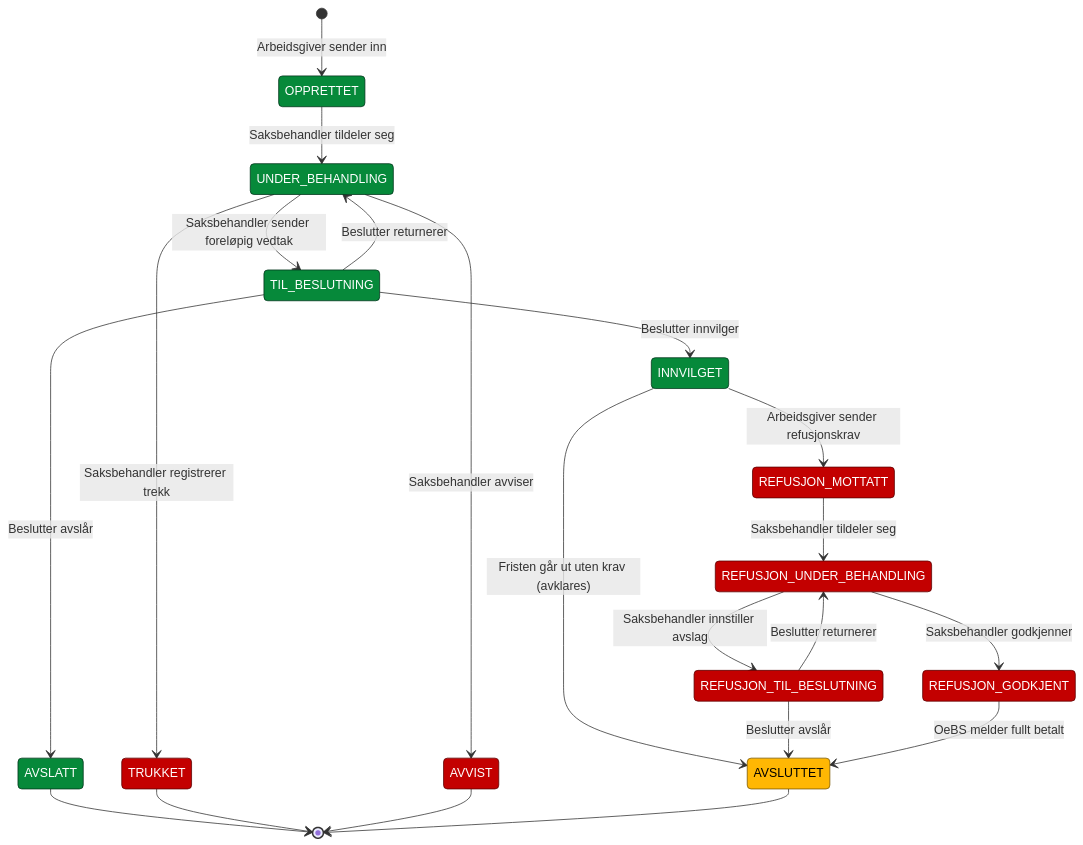
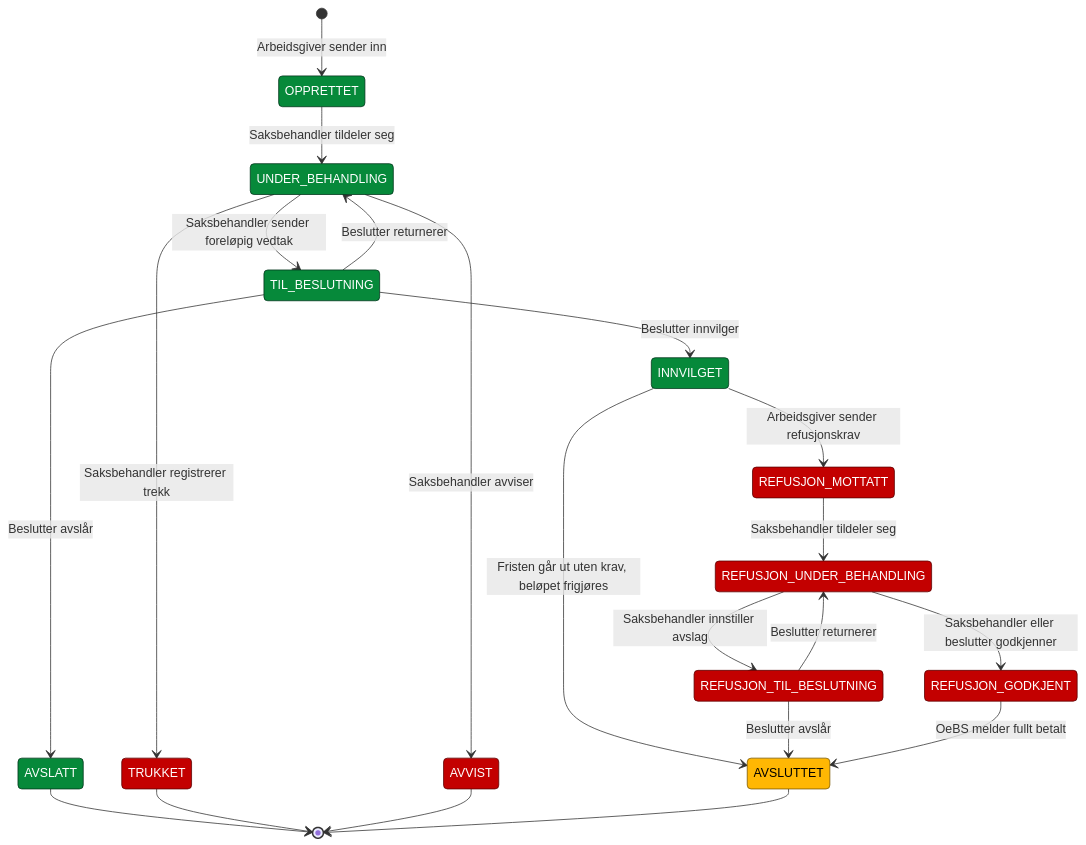
One commit to navikt/ekspertbistand changed the second of 2 diagrams in planning/README.md. Above: the diagram before and after it, drawn with Mermaid. The commit also changed other lines of this file and 2 other files, not shown here.

````diff
--- a/planning/README.md
+++ b/planning/README.md
@@ -221,31 +226,31 @@
 ```mermaid
 stateDiagram-v2
     classDef finnes fill:#06893a,stroke:#00341a,color:#fff
     classDef delvis fill:#ffb703,stroke:#7a5800,color:#000
     classDef mangler fill:#c30000,stroke:#5c0000,color:#fff
 
     [*] --> OPPRETTET: Arbeidsgiver sender inn
     OPPRETTET --> UNDER_BEHANDLING: Saksbehandler tildeler seg
     UNDER_BEHANDLING --> TIL_BESLUTNING: Saksbehandler sender foreløpig vedtak
     TIL_BESLUTNING --> UNDER_BEHANDLING: Beslutter returnerer
     TIL_BESLUTNING --> AVSLATT: Beslutter avslår
     TIL_BESLUTNING --> INNVILGET: Beslutter innvilger
     AVSLATT --> [*]
     UNDER_BEHANDLING --> TRUKKET: Saksbehandler registrerer trekk
     UNDER_BEHANDLING --> AVVIST: Saksbehandler avviser
     TRUKKET --> [*]
     AVVIST --> [*]
     INNVILGET --> REFUSJON_MOTTATT: Arbeidsgiver sender refusjonskrav
-    INNVILGET --> AVSLUTTET: Fristen går ut uten krav (avklares)
+    INNVILGET --> AVSLUTTET: Fristen går ut uten krav, beløpet frigjøres
     REFUSJON_MOTTATT --> REFUSJON_UNDER_BEHANDLING: Saksbehandler tildeler seg
-    REFUSJON_UNDER_BEHANDLING --> REFUSJON_GODKJENT: Saksbehandler godkjenner
+    REFUSJON_UNDER_BEHANDLING --> REFUSJON_GODKJENT: Saksbehandler eller beslutter godkjenner
     REFUSJON_UNDER_BEHANDLING --> REFUSJON_TIL_BESLUTNING: Saksbehandler innstiller avslag
     REFUSJON_TIL_BESLUTNING --> REFUSJON_UNDER_BEHANDLING: Beslutter returnerer
     REFUSJON_TIL_BESLUTNING --> AVSLUTTET: Beslutter avslår
     REFUSJON_GODKJENT --> AVSLUTTET: OeBS melder fullt betalt
     AVSLUTTET --> [*]
 
     class OPPRETTET,UNDER_BEHANDLING,TIL_BESLUTNING,INNVILGET,AVSLATT finnes
     class AVSLUTTET delvis
     class REFUSJON_MOTTATT,REFUSJON_UNDER_BEHANDLING,REFUSJON_TIL_BESLUTNING,REFUSJON_GODKJENT,TRUKKET,AVVIST mangler
 ```
````
